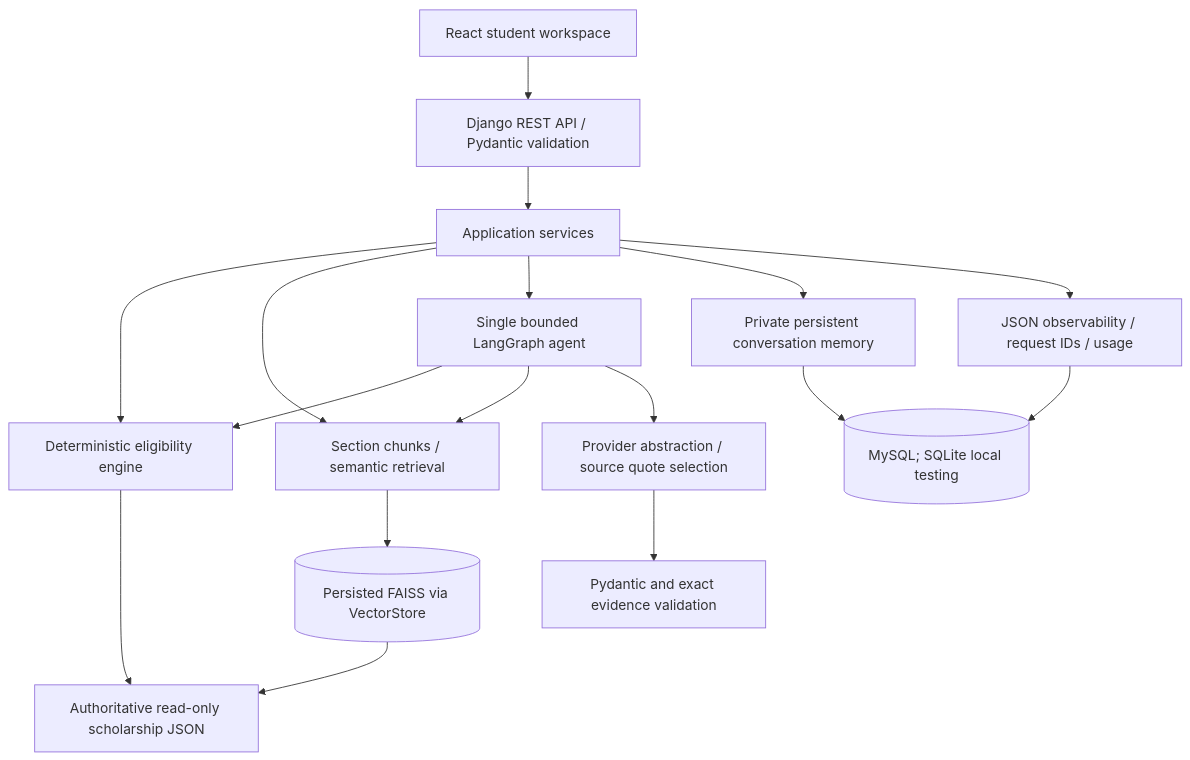
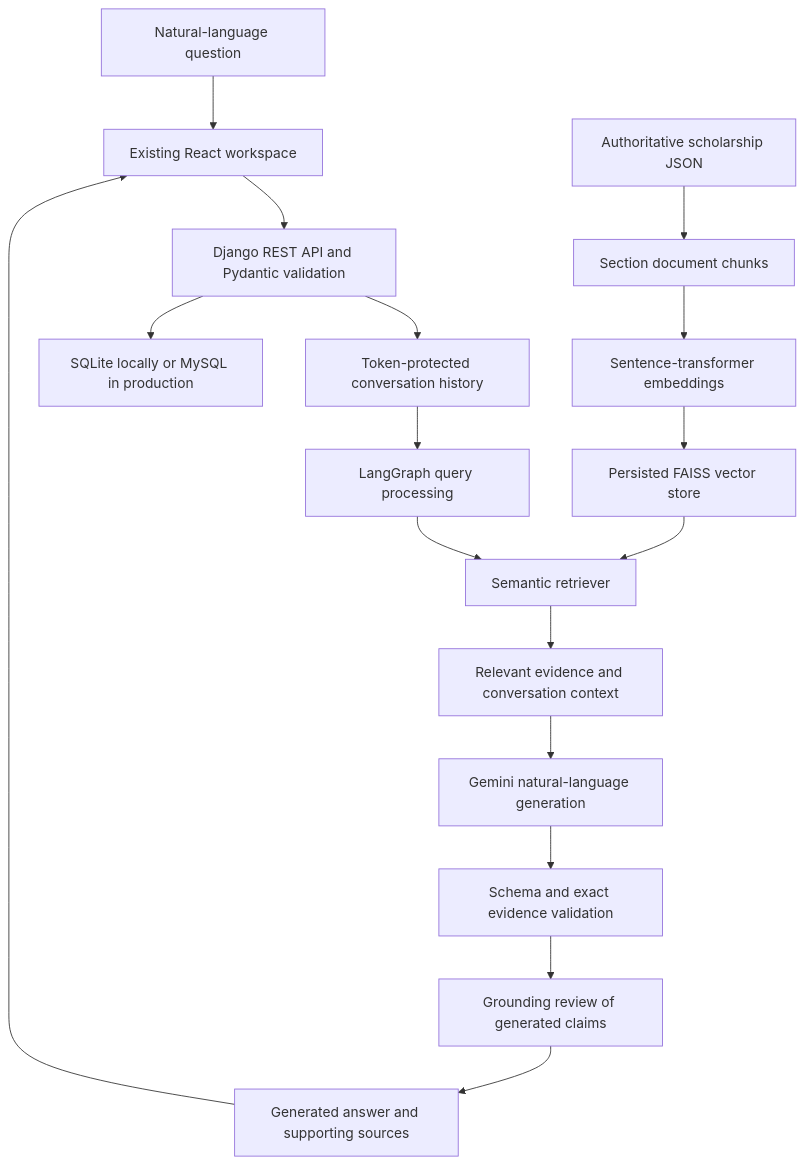
One commit to Code-ByLuna/scholarship-rag-assistant- changed the diagram in docs/ARCHITECTURE.md. Above: the diagram before and after it, drawn with Mermaid. The commit also changed other lines of this file and 60 other files, not shown here.

````diff
--- a/docs/ARCHITECTURE.md
+++ b/docs/ARCHITECTURE.md
@@ -3,19 +3,19 @@
 ```mermaid
 flowchart TD
-    UI[React student workspace] --> API[Django REST API / Pydantic validation]
-    API --> Services[Application services]
-    Services --> Rules[Deterministic eligibility engine]
-    Services --> Retrieval[Section chunks / semantic retrieval]
-    Services --> Agent[Single bounded LangGraph agent]
-    Services --> Memory[Private persistent conversation memory]
-    Services --> Logs[JSON observability / request IDs / usage]
-    Agent --> Rules
-    Agent --> Retrieval
-    Agent --> LLM[Provider abstraction / source quote selection]
-    LLM --> Validation[Pydantic and exact evidence validation]
-    Memory --> SQL[(MySQL; SQLite local testing)]
-    Logs --> SQL
-    Retrieval --> Vector[(Persisted FAISS via VectorStore)]
-    Rules --> Corpus[Authoritative read-only scholarship JSON]
-    Vector --> Corpus
+    Student[Natural-language question] --> UI[Existing React workspace]
+    UI --> API[Django REST API and Pydantic validation]
+    API --> Session[Token-protected conversation history]
+    Session --> Query[LangGraph query processing]
+    Query --> Retriever[Semantic retriever]
+    Corpus[Authoritative scholarship JSON] --> Chunks[Section document chunks]
+    Chunks --> Embeddings[Sentence-transformer embeddings]
+    Embeddings --> FAISS[Persisted FAISS vector store]
+    FAISS --> Retriever
+    Retriever --> Context[Relevant evidence and conversation context]
+    Context --> Gemini[Gemini natural-language generation]
+    Gemini --> Validate[Schema and exact evidence validation]
+    Validate --> Review[Grounding review of generated claims]
+    Review --> Response[Generated answer and supporting sources]
+    Response --> UI
+    API --> SQL[SQLite locally or MySQL in production]
 ```
````
